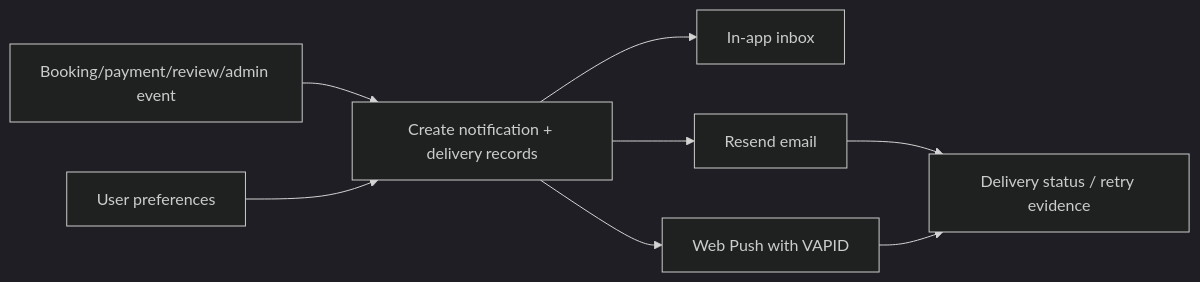
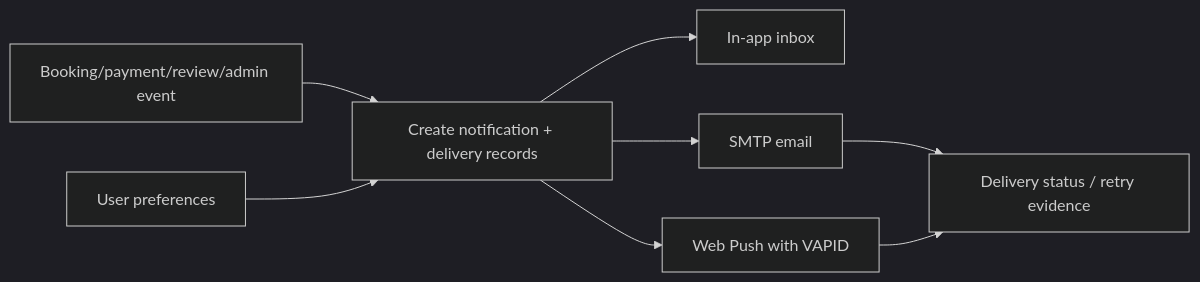
Before and after one commit to Jassim3nidad/venora: the sixth of 10 diagrams in docs/architecture.md, drawn with Mermaid (dark theme). The commit also changed other lines of this file, not shown here.

Commit message:
docs: update architecture

````diff
--- a/docs/architecture.md
+++ b/docs/architecture.md
@@ -125,10 +125,10 @@
 ```mermaid
 flowchart LR
   Event["Booking/payment/review/admin event"] --> DB["Create notification + delivery records"]
   DB --> Inbox["In-app inbox"]
-  DB --> Email["Resend email"]
+  DB --> Email["SMTP email"]
   DB --> Push["Web Push with VAPID"]
   Email --> Status["Delivery status / retry evidence"]
   Push --> Status
   Prefs["User preferences"] --> DB
 ```
````
